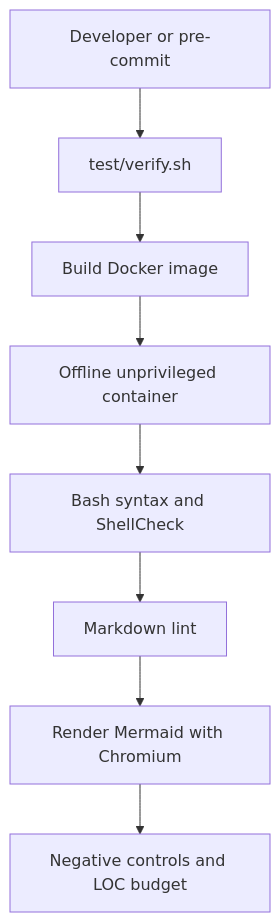
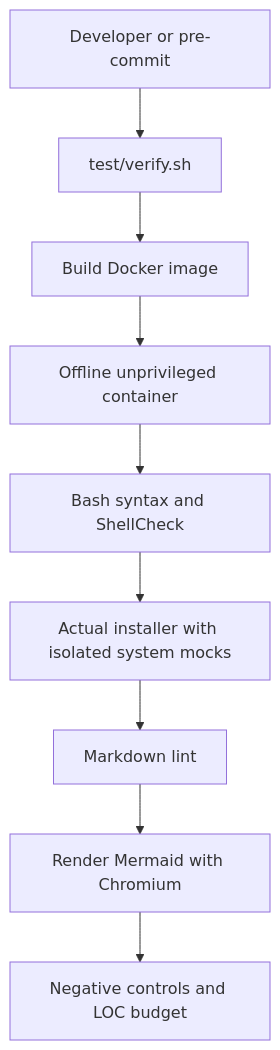
One commit to nicholasadamou/plex-s3fs changed the diagram in docs/development.md. Above: the diagram before and after it, drawn with Mermaid. The commit also changed other lines of this file and 8 other files, not shown here.

Commit message:
test: exercise installer effects in isolated Docker fixtures

````diff
--- a/docs/development.md
+++ b/docs/development.md
@@ -19,10 +19,11 @@
 ```mermaid
 flowchart TD
     Developer[Developer or pre-commit] --> Verify[test/verify.sh]
     Verify --> Build[Build Docker image]
     Build --> Offline[Offline unprivileged container]
     Offline --> Shell[Bash syntax and ShellCheck]
-    Shell --> Markdown[Markdown lint]
+    Shell --> Integration[Actual installer with isolated system mocks]
+    Integration --> Markdown[Markdown lint]
     Markdown --> Mermaid[Render Mermaid with Chromium]
     Mermaid --> Controls[Negative controls and LOC budget]
 ```
````
